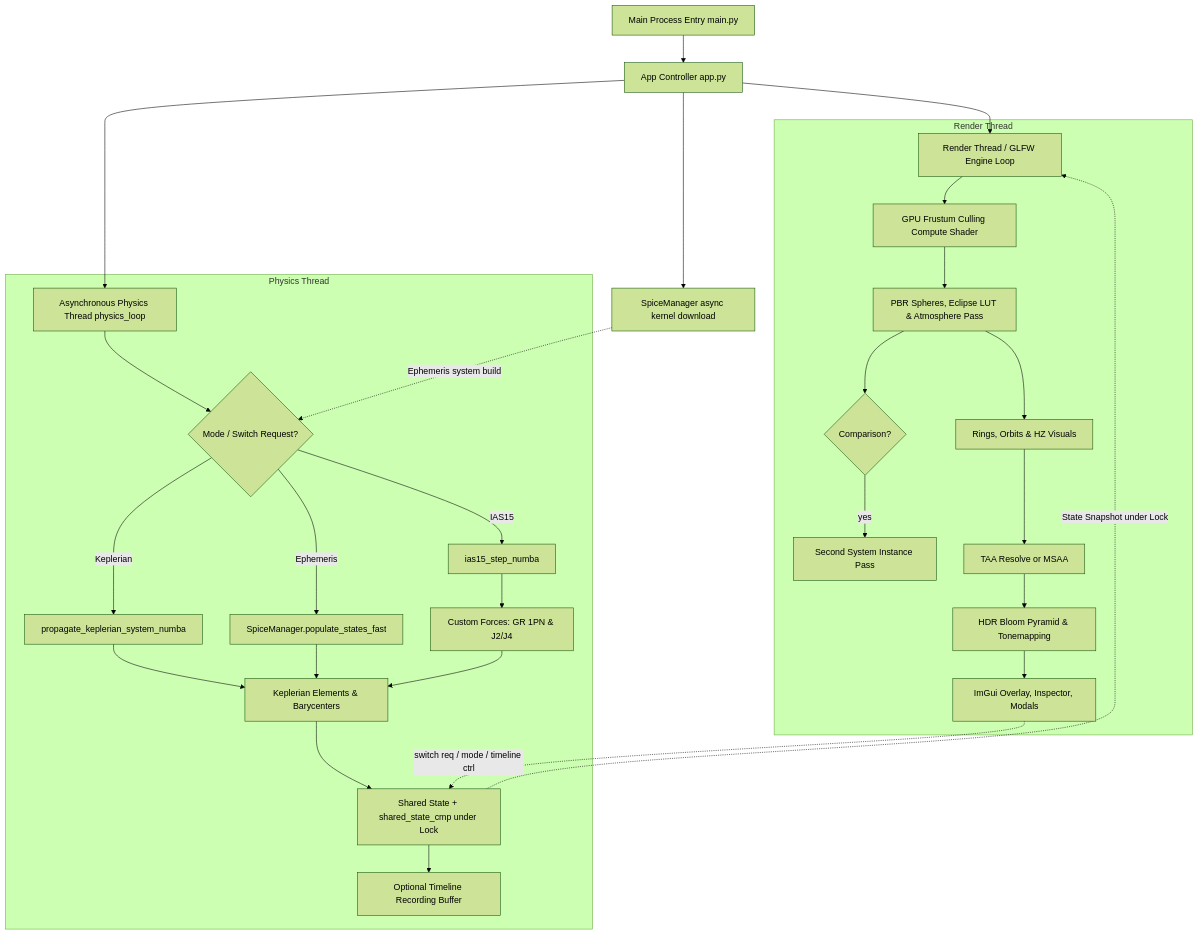
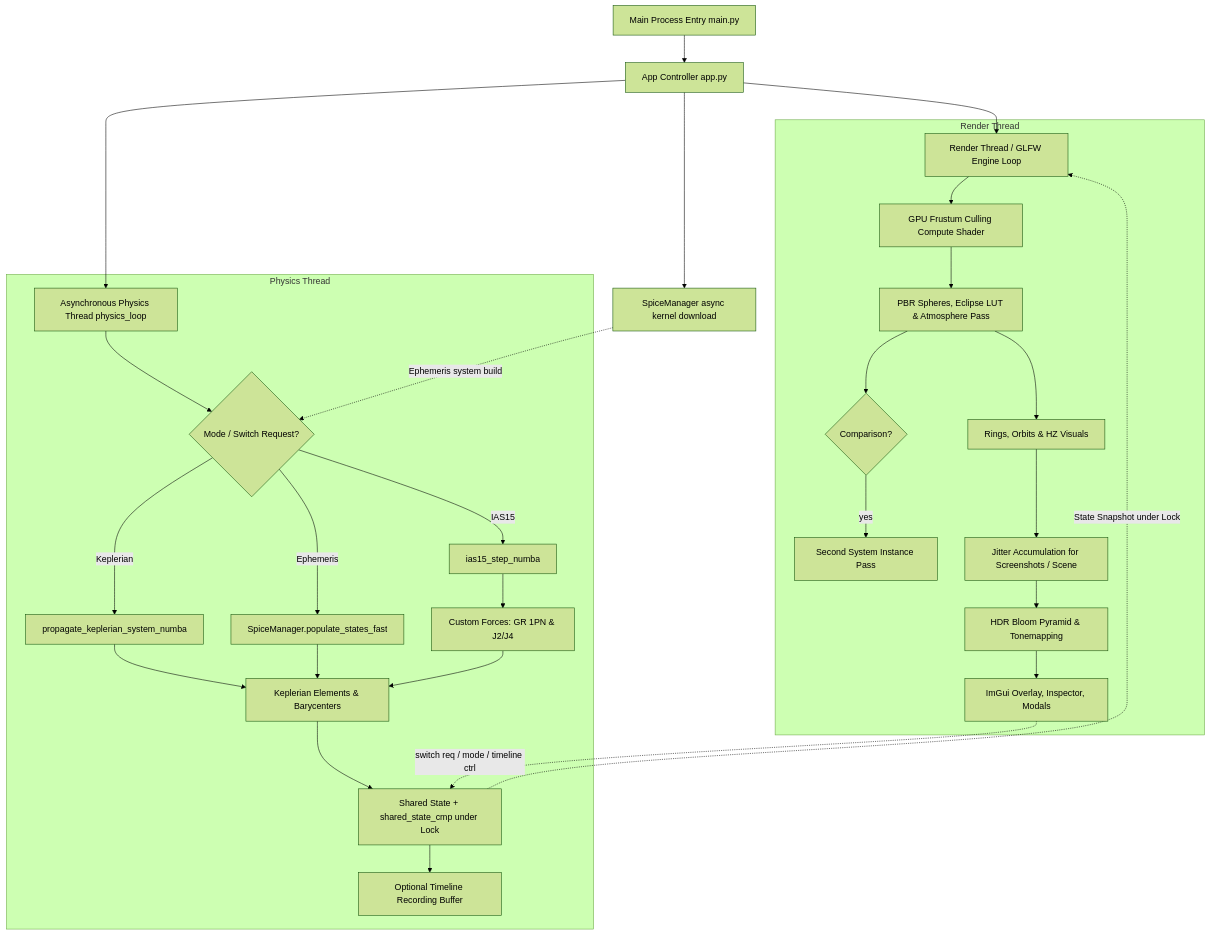
One commit to JustNoetic/Stellar-Forge changed the diagram in README.md. Above: the diagram before and after it, drawn with Mermaid (forest theme). The commit also changed other lines of this file and 8 other files, not shown here.

````diff
--- a/README.md
+++ b/README.md
@@ -279,35 +279,35 @@
 ```mermaid
 graph TD
     A[Main Process Entry main.py] --> B[App Controller app.py]
     B --> C[Render Thread / GLFW Engine Loop]
     B --> D[Asynchronous Physics Thread physics_loop]
     B --> SP[SpiceManager async kernel download]
 
     subgraph Physics Thread
         D --> SW{Mode / Switch Request?}
         SW -->|IAS15| E[ias15_step_numba]
         SW -->|Keplerian| E2[propagate_keplerian_system_numba]
         SW -->|Ephemeris| SP2[SpiceManager.populate_states_fast]
         E --> F[Custom Forces: GR 1PN & J2/J4]
         E2 --> G[Keplerian Elements & Barycenters]
         SP2 --> G
         F --> G
         G --> H[Shared State + shared_state_cmp under Lock]
         H --> TL[Optional Timeline Recording Buffer]
     end
 
     subgraph Render Thread
         C --> I[GPU Frustum Culling Compute Shader]
         I --> J[PBR Spheres, Eclipse LUT & Atmosphere Pass]
         J --> CMP{Comparison?}
         CMP -->|yes| J2[Second System Instance Pass]
         J --> K[Rings, Orbits & HZ Visuals]
-        K --> TAA[TAA Resolve or MSAA]
-        TAA --> L[HDR Bloom Pyramid & Tonemapping]
+        K --> ACCUM[Jitter Accumulation for Screenshots / Scene]
+        ACCUM --> L[HDR Bloom Pyramid & Tonemapping]
         L --> M[ImGui Overlay, Inspector, Modals]
         M -.->|switch req / mode / timeline ctrl| H
     end
 
     H -.->|State Snapshot under Lock| C
     SP -.->|Ephemeris system build| SW
 ```
````
